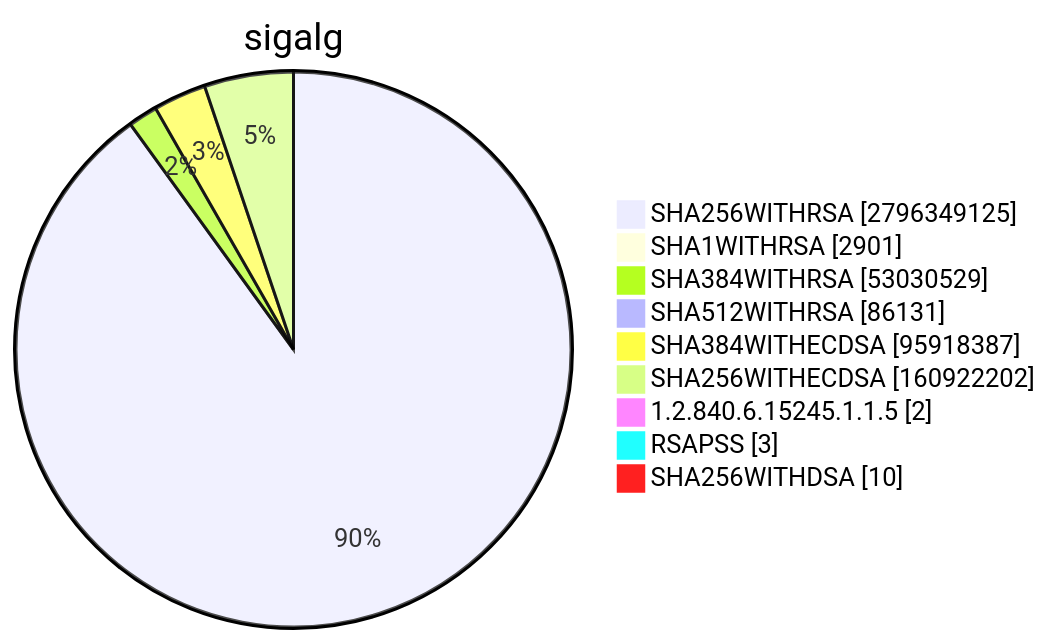
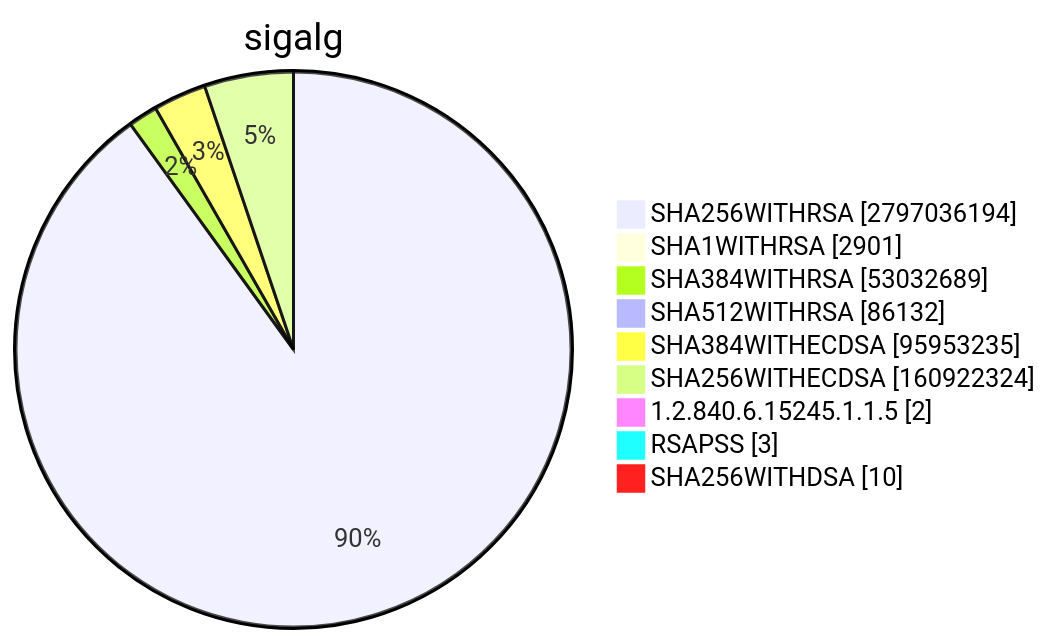
One commit to christiankrug/ctmonitor_visualization changed diagram 15 of 15 in TOTAL/README.md. Above: the diagram before and after it, drawn with Mermaid. The commit also changed other lines of this file, not shown here.

````diff
--- a/TOTAL/README.md
+++ b/TOTAL/README.md
@@ -6207,13 +6207,13 @@
 ```mermaid
 pie showData
 title sigalg
-"SHA256WITHRSA" :2796349125
+"SHA256WITHRSA" :2797036194
 "SHA1WITHRSA" :2901
-"SHA384WITHRSA" :53030529
-"SHA512WITHRSA" :86131
-"SHA384WITHECDSA" :95918387
-"SHA256WITHECDSA" :160922202
+"SHA384WITHRSA" :53032689
+"SHA512WITHRSA" :86132
+"SHA384WITHECDSA" :95953235
+"SHA256WITHECDSA" :160922324
 "1.2.840.6.15245.1.1.5" :2
 "RSAPSS" :3
 "SHA256WITHDSA" :10
 ```
````
